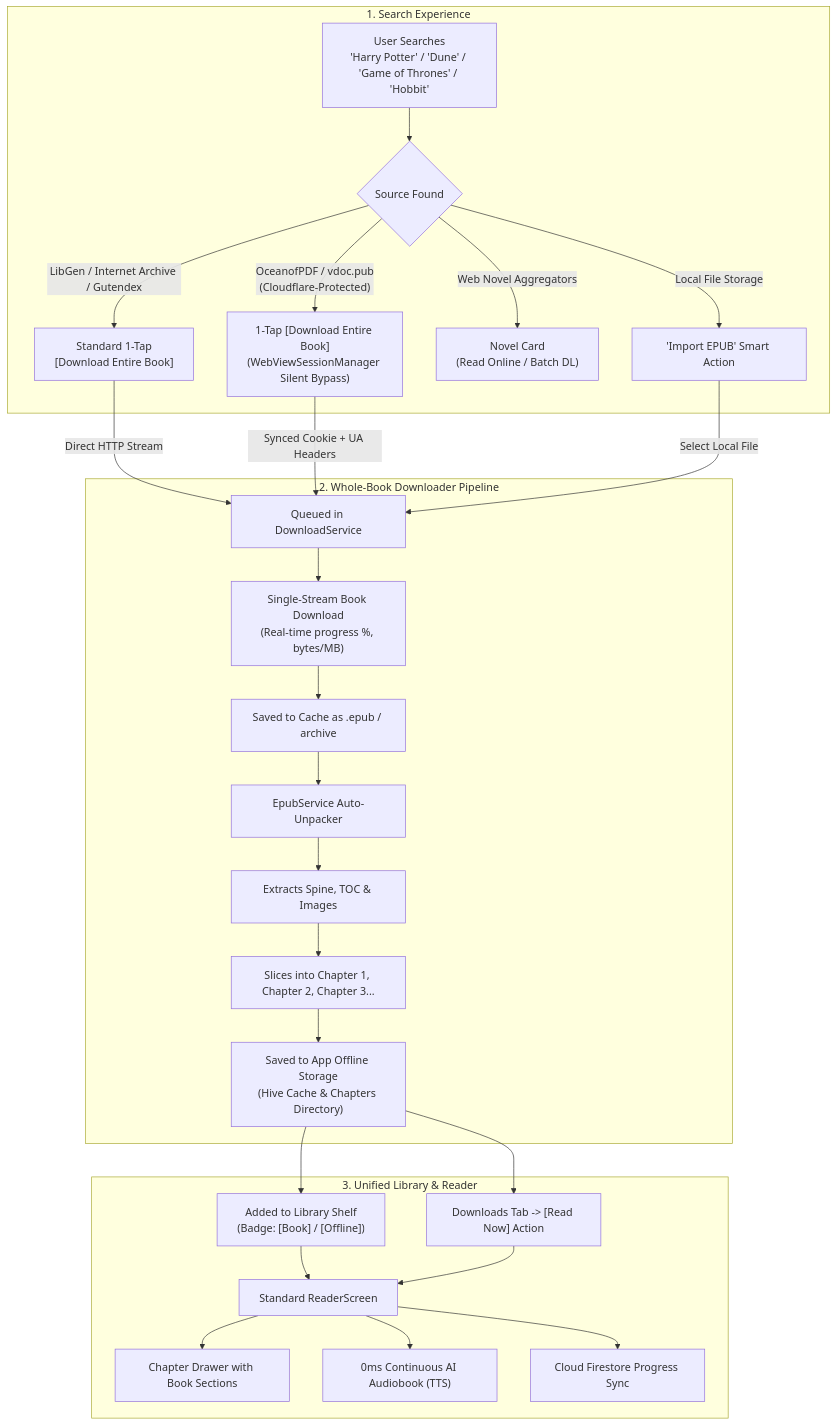
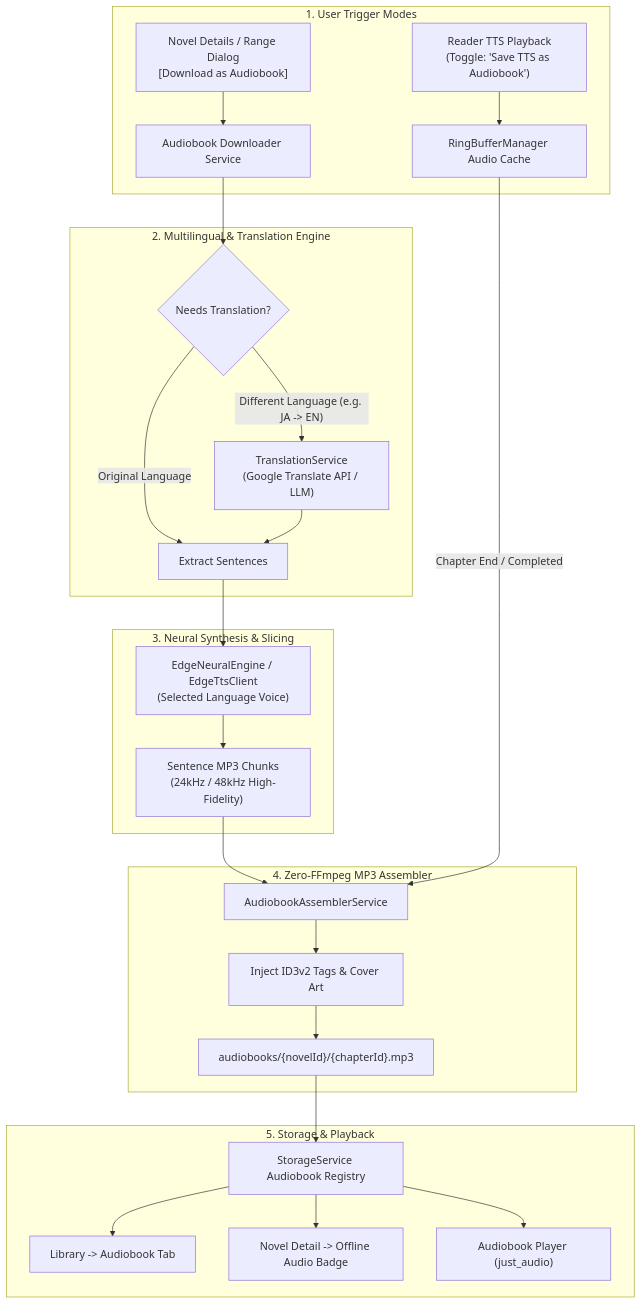
Before and after one commit to AdityaPatra-dev/Novels-World: the diagram in plan.md, drawn with Mermaid. The commit also changed other lines of this file, not shown here.

Commit message:
docs: add engineering plan for audiobook generation, cache assembly, and multilingual TTS

````diff
--- a/plan.md
+++ b/plan.md
@@ -28,32 +29,33 @@
 ```mermaid
 flowchart TD
-    subgraph Search["1. Search Experience"]
-        S1["User Searches<br/>'Harry Potter' / 'Dune' / 'Game of Thrones' / 'Hobbit'"] --> S2{"Source Found"}
-        S2 -->|"LibGen / Internet Archive / Gutendex"| S3["Standard 1-Tap<br/>[Download Entire Book]"]
-        S2 -->|"OceanofPDF / vdoc.pub<br/>(Cloudflare-Protected)"| S3B["1-Tap [Download Entire Book]<br/>(WebViewSessionManager Silent Bypass)"]
-        S2 -->|"Web Novel Aggregators"| S4["Novel Card<br/>(Read Online / Batch DL)"]
-        S2 -->|"Local File Storage"| S5["'Import EPUB' Smart Action"]
+    subgraph Trigger["1. User Trigger Modes"]
+        T1["Novel Details / Range Dialog<br/>[Download as Audiobook]"] --> DL["Audiobook Downloader Service"]
+        T2["Reader TTS Playback<br/>(Toggle: 'Save TTS as Audiobook')"] --> RB["RingBufferManager Audio Cache"]
     end
 
-    subgraph DownloadPipeline["2. Whole-Book Downloader Pipeline"]
-        S3 -->|"Direct HTTP Stream"| D1["Queued in DownloadService"]
-        S3B -->|"Synced Cookie + UA Headers"| D1
-        S5 -->|"Select Local File"| D1
-        D1 --> D2["Single-Stream Book Download<br/>(Real-time progress %, bytes/MB)"]
-        D2 --> D3["Saved to Cache as .epub / archive"]
-        D3 --> D4["EpubService Auto-Unpacker"]
-        D4 --> D5["Extracts Spine, TOC & Images"]
-        D5 --> D6["Slices into Chapter 1, Chapter 2, Chapter 3..."]
-        D6 --> D7["Saved to App Offline Storage<br/>(Hive Cache & Chapters Directory)"]
+    subgraph TranslationLayer["2. Multilingual & Translation Engine"]
+        DL --> TR{"Needs Translation?"}
+        TR -->|"Original Language"| S1["Extract Sentences"]
+        TR -->|"Different Language (e.g. JA -> EN)"| T3["TranslationService<br/>(Google Translate API / LLM)"]
+        T3 --> S1
     end
 
-    subgraph Presentation["3. Unified Library & Reader"]
-        D7 --> L1["Added to Library Shelf<br/>(Badge: [Book] / [Offline])"]
-        D7 --> D8["Downloads Tab -> [Read Now] Action"]
-        L1 --> R1["Standard ReaderScreen"]
-        D8 --> R1
-        R1 --> R2["Chapter Drawer with Book Sections"]
-        R1 --> R3["0ms Continuous AI Audiobook (TTS)"]
-        R1 --> R4["Cloud Firestore Progress Sync"]
+    subgraph SynthesisPipeline["3. Neural Synthesis & Slicing"]
+        S1 --> SYN["EdgeNeuralEngine / EdgeTtsClient<br/>(Selected Language Voice)"]
+        SYN --> CHUNKS["Sentence MP3 Chunks<br/>(24kHz / 48kHz High-Fidelity)"]
+    end
+
+    subgraph AssemblyLayer["4. Zero-FFmpeg MP3 Assembler"]
+        CHUNKS --> ASM["AudiobookAssemblerService"]
+        RB -->|"Chapter End / Completed"| ASM
+        ASM --> ID3["Inject ID3v2 Tags & Cover Art"]
+        ID3 --> FILE["audiobooks/{novelId}/{chapterId}.mp3"]
+    end
+
+    subgraph PlaybackAndStorage["5. Storage & Playback"]
+        FILE --> DB["StorageService Audiobook Registry"]
+        DB --> UI1["Library -> Audiobook Tab"]
+        DB --> UI2["Novel Detail -> Offline Audio Badge"]
+        DB --> PL["Audiobook Player (just_audio)"]
     end
 ```
````
